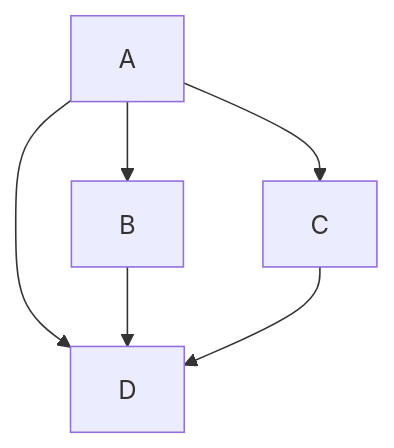
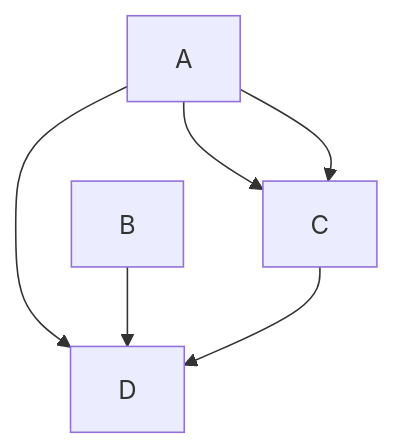
One commit to pushdown99/pushdown99.github.io changed the second of 2 diagrams in blog/_posts/2024-10-29-delay.md. Above: the diagram before and after it, drawn with Mermaid.

Commit message:
make it better

````diff
--- a/blog/_posts/2024-10-29-delay.md
+++ b/blog/_posts/2024-10-29-delay.md
@@ -64,8 +64,8 @@
 ```mermaid
 graph TD;
-    A-->B;
+    A-->C;
     A-->D;
     A-->C;
     B-->D;
     C-->D;
 ```  
````
